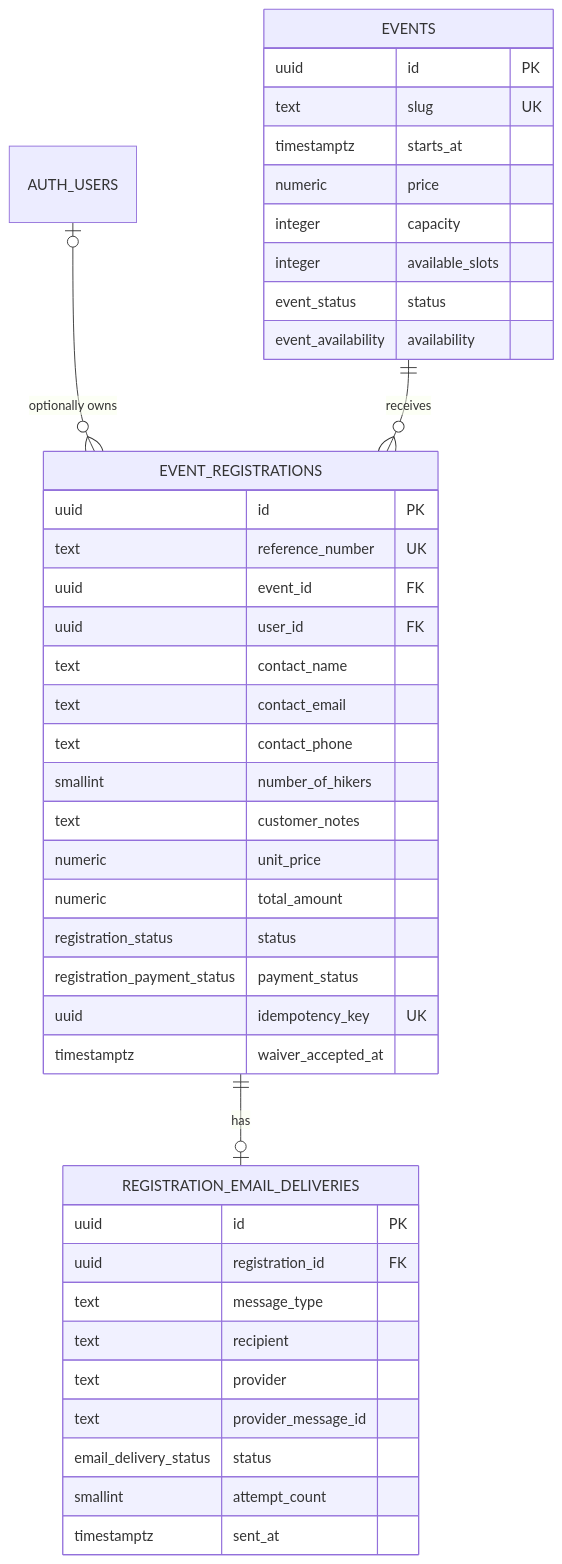
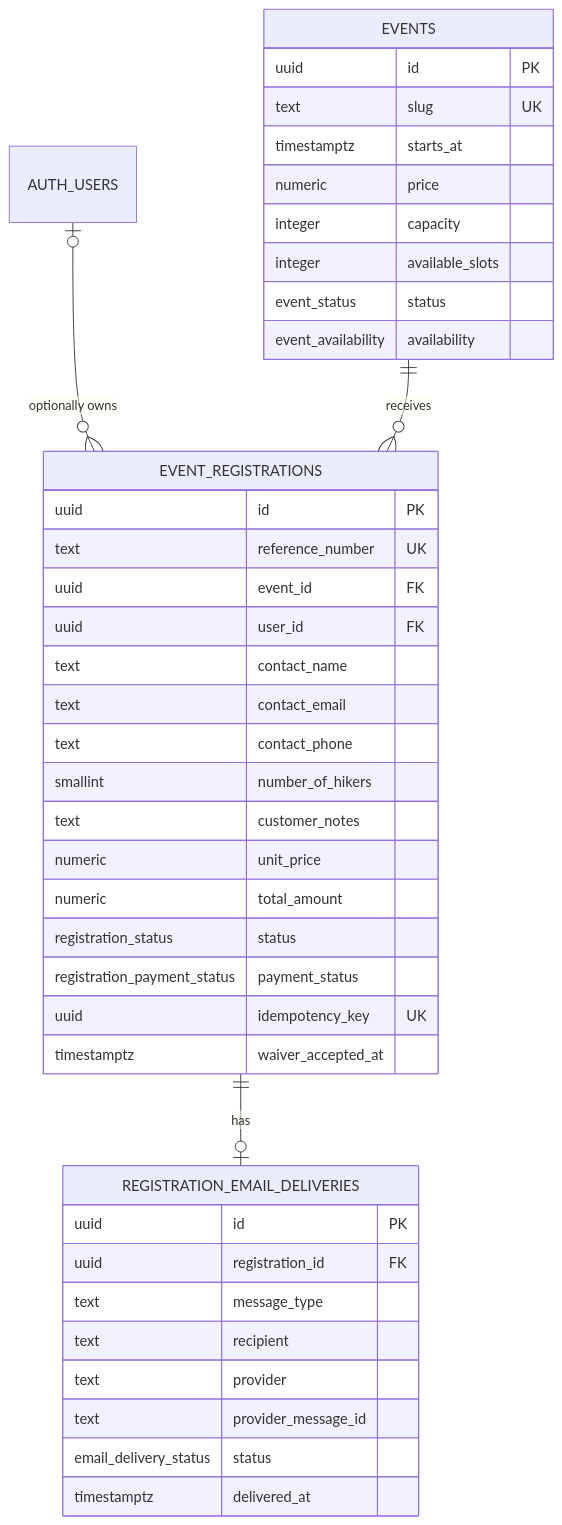
One commit to rathish24/dubaihikers changed the fifth of 5 diagrams in docs/architecture.md. Above: the diagram before and after it, drawn with Mermaid. The commit also changed other lines of this file and 7 other files, not shown here.

````diff
--- a/docs/architecture.md
+++ b/docs/architecture.md
@@ -241,48 +241,47 @@
 ```mermaid
 erDiagram
     AUTH_USERS o|--o{ EVENT_REGISTRATIONS : "optionally owns"
     EVENTS ||--o{ EVENT_REGISTRATIONS : "receives"
 
     EVENTS {
         uuid id PK
         text slug UK
         timestamptz starts_at
         numeric price
         integer capacity
         integer available_slots
         event_status status
         event_availability availability
     }
 
     EVENT_REGISTRATIONS {
         uuid id PK
         text reference_number UK
         uuid event_id FK
         uuid user_id FK
         text contact_name
         text contact_email
         text contact_phone
         smallint number_of_hikers
         text customer_notes
         numeric unit_price
         numeric total_amount
         registration_status status
         registration_payment_status payment_status
         uuid idempotency_key UK
         timestamptz waiver_accepted_at
     }
 
     EVENT_REGISTRATIONS ||--o| REGISTRATION_EMAIL_DELIVERIES : "has"
 
     REGISTRATION_EMAIL_DELIVERIES {
         uuid id PK
         uuid registration_id FK
         text message_type
         text recipient
         text provider
         text provider_message_id
         email_delivery_status status
-        smallint attempt_count
-        timestamptz sent_at
+        timestamptz delivered_at
     }
 ```
````
